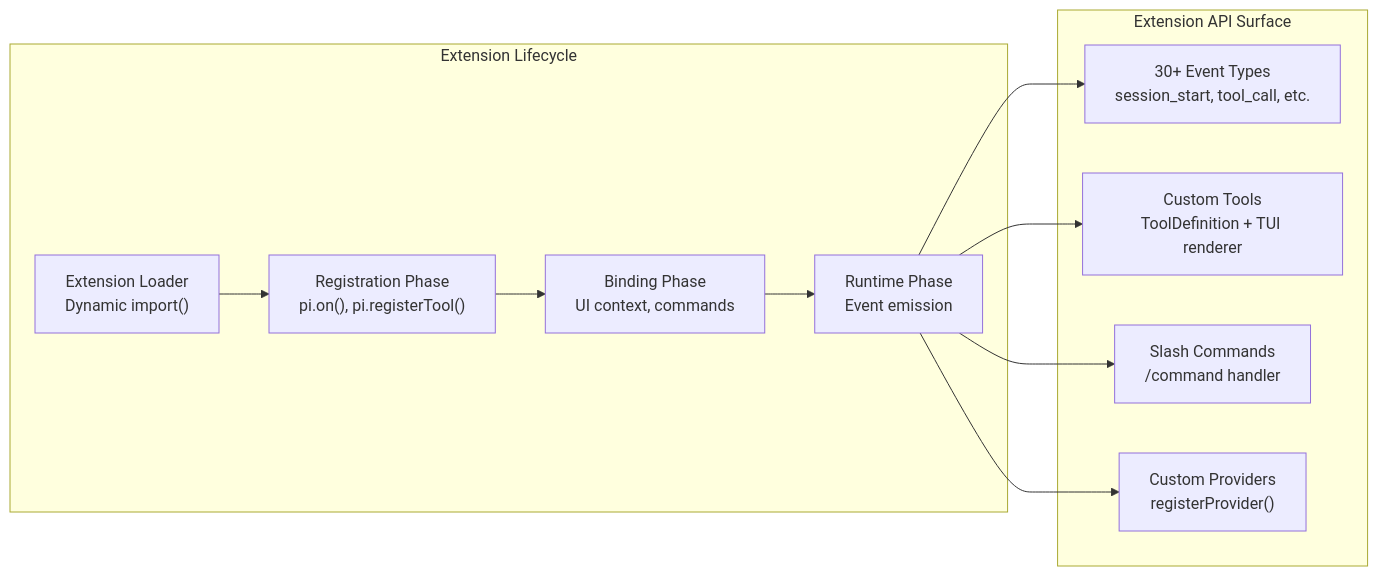
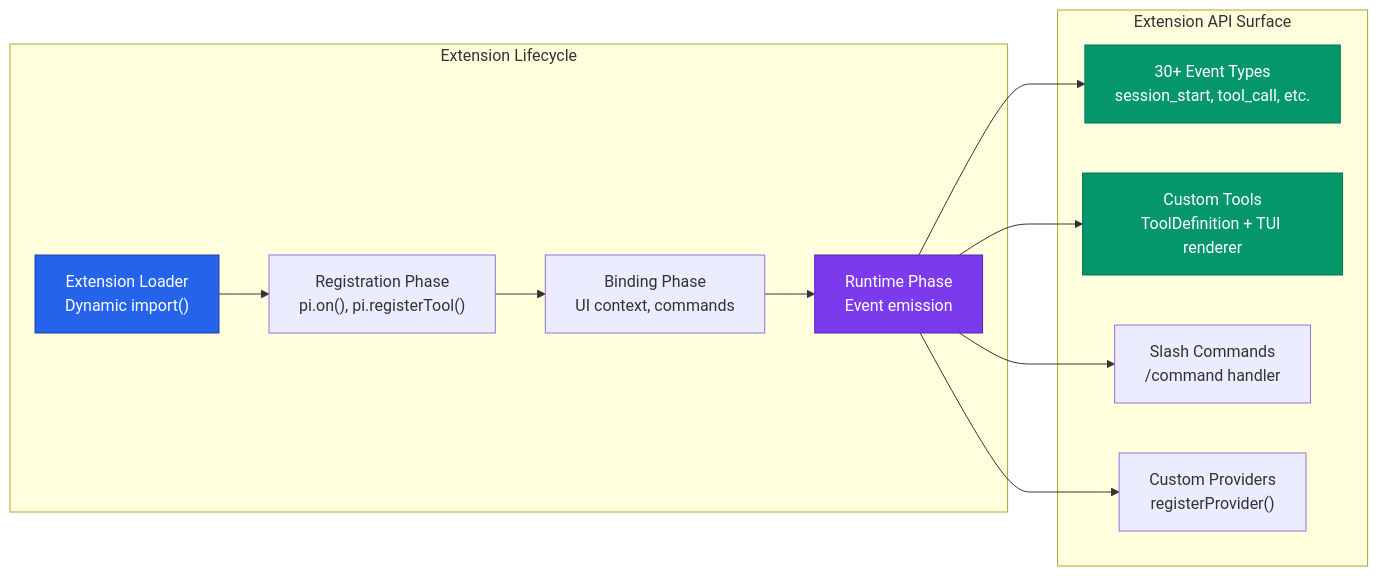
One commit to Codeblackbyshazzy/awesome-ai-anatomy changed the third of 3 diagrams in pi-mono/README.md. Above: the diagram before and after it, drawn with Mermaid. The commit also changed other lines of this file and 4 other files, not shown here.

Commit message:
style: unified Mermaid color scheme across all teardowns

````diff
--- a/pi-mono/README.md
+++ b/pi-mono/README.md
@@ -182,23 +189,34 @@
 ```mermaid
 graph LR
     subgraph "Extension Lifecycle"
         LOAD["Extension Loader<br/>Dynamic import()"]
         REG["Registration Phase<br/>pi.on(), pi.registerTool()"]
         BIND["Binding Phase<br/>UI context, commands"]
         RUN["Runtime Phase<br/>Event emission"]
     end
 
     LOAD --> REG --> BIND --> RUN
 
     subgraph "Extension API Surface"
         EVENTS["30+ Event Types<br/>session_start, tool_call, etc."]
         TOOLS["Custom Tools<br/>ToolDefinition + TUI renderer"]
         CMDS["Slash Commands<br/>/command handler"]
         PROVIDERS["Custom Providers<br/>registerProvider()"]
     end
 
     RUN --> EVENTS
     RUN --> TOOLS
     RUN --> CMDS
     RUN --> PROVIDERS
+
+    classDef primary fill:#2563eb,stroke:#1e40af,color:#fff
+    classDef secondary fill:#7c3aed,stroke:#5b21b6,color:#fff
+    classDef accent fill:#059669,stroke:#047857,color:#fff
+    classDef warn fill:#d97706,stroke:#b45309,color:#fff
+    classDef neutral fill:#374151,stroke:#1f2937,color:#fff
+
+    class LOAD primary
+    class RUN secondary
+    class EVENTS accent
+    class TOOLS accent
 ```
````
